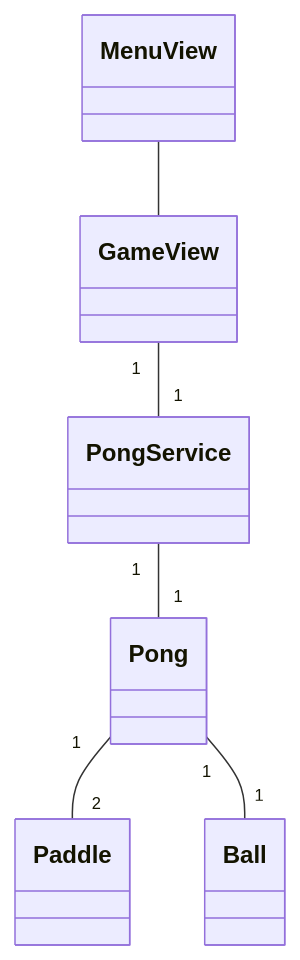
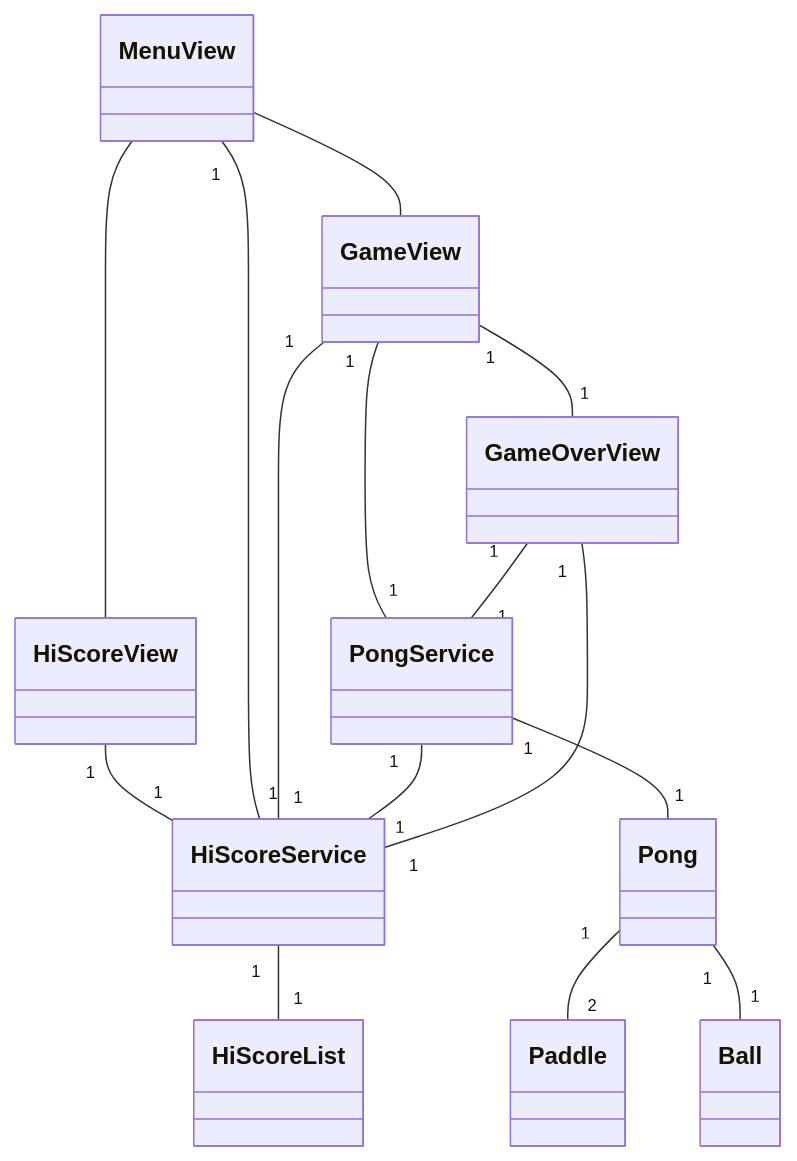
The diagram in dokumentaatio/arkkitehtuuri.md (jannelem/Jannen-pong), drawn with Mermaid before and after one commit. The commit also changed other lines of this file, not shown here.

````diff
--- a/dokumentaatio/arkkitehtuuri.md
+++ b/dokumentaatio/arkkitehtuuri.md
@@ -7,8 +26,17 @@
 ```mermaid
 classDiagram
 MenuView -- GameView
+MenuView -- HiScoreView
+HiScoreView "1" -- "1" HiScoreService 
+HiScoreService "1" -- "1" HiScoreList
+MenuView "1" -- "1" HiScoreService
+GameView "1" -- "1" HiScoreService
 GameView "1" -- "1" PongService
+PongService "1" -- "1" HiScoreService
+GameView "1" -- "1" GameOverView
+GameOverView "1" -- "1" HiScoreService
+GameOverView "1" -- "1" PongService
 PongService "1" -- "1" Pong
 Pong "1" -- "2" Paddle
 Pong "1" -- "1" Ball
 ```
````
